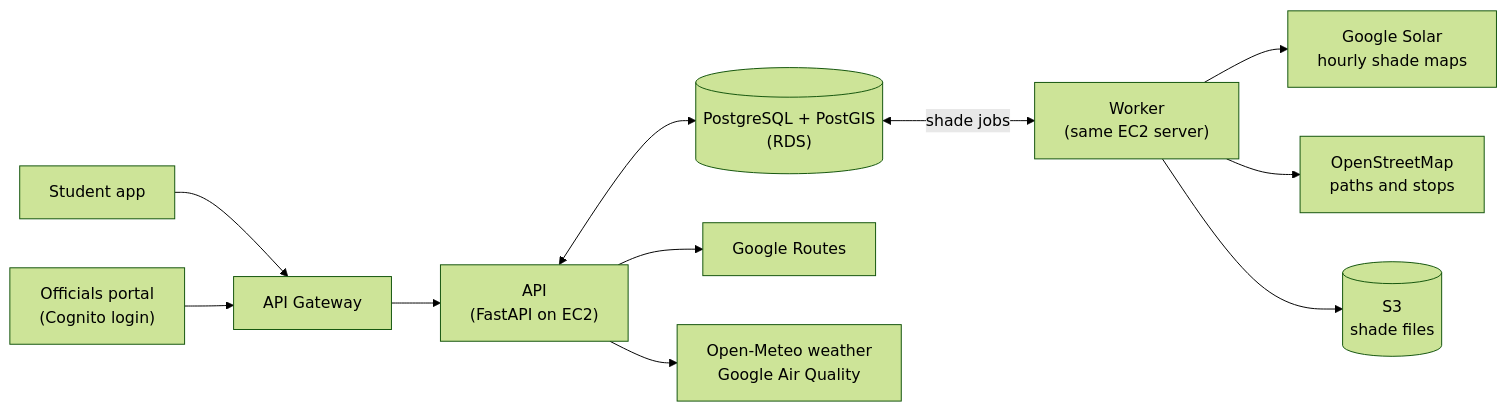
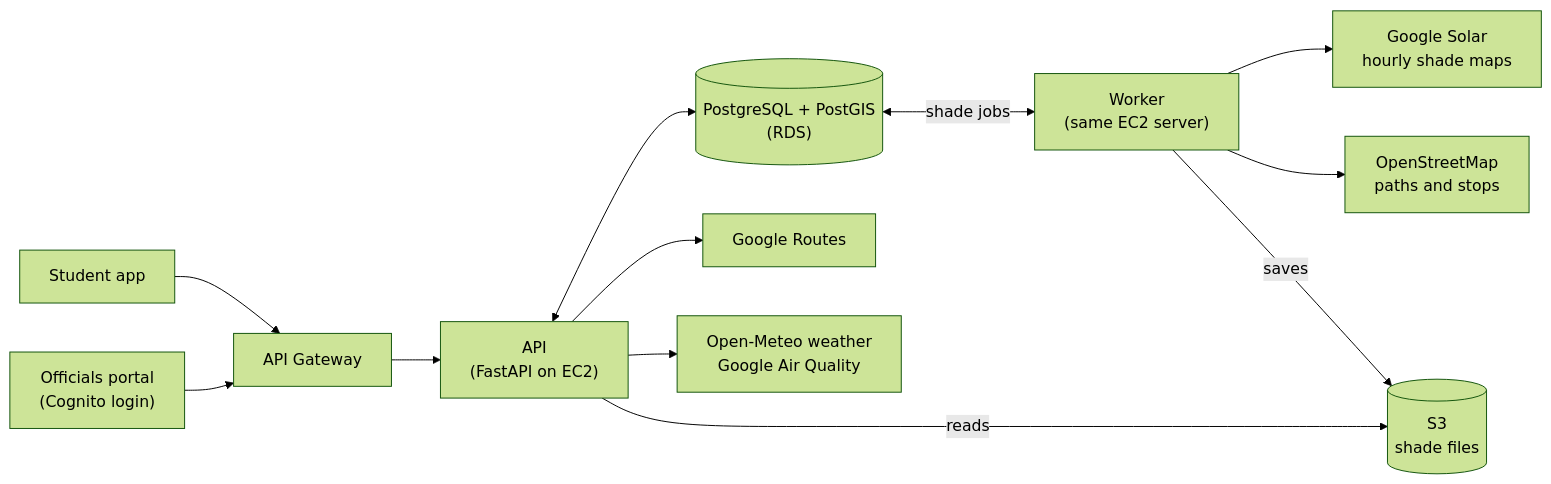
One commit to suryansh04/sunskip changed the diagram in README.md. Above: the diagram before and after it, drawn with Mermaid (forest theme). The commit also changed other lines of this file and 3 other files, not shown here.

````diff
--- a/README.md
+++ b/README.md
@@ -12,13 +14,14 @@
 ```mermaid
 flowchart LR
     app["Student app"] --> gateway["API Gateway"]
     portal["Officials portal<br/>(Cognito login)"] --> gateway
     gateway --> api["API<br/>(FastAPI on EC2)"]
     api <--> db[("PostgreSQL + PostGIS<br/>(RDS)")]
     api --> routes["Google Routes"]
     api --> weather["Open-Meteo weather<br/>Google Air Quality"]
+    api -->|"reads"| s3[("S3<br/>shade files")]
     db <-->|"shade jobs"| worker["Worker<br/>(same EC2 server)"]
     worker --> solar["Google Solar<br/>hourly shade maps"]
     worker --> osm["OpenStreetMap<br/>paths and stops"]
-    worker --> s3[("S3<br/>shade files")]
+    worker -->|"saves"| s3
 ```
````
